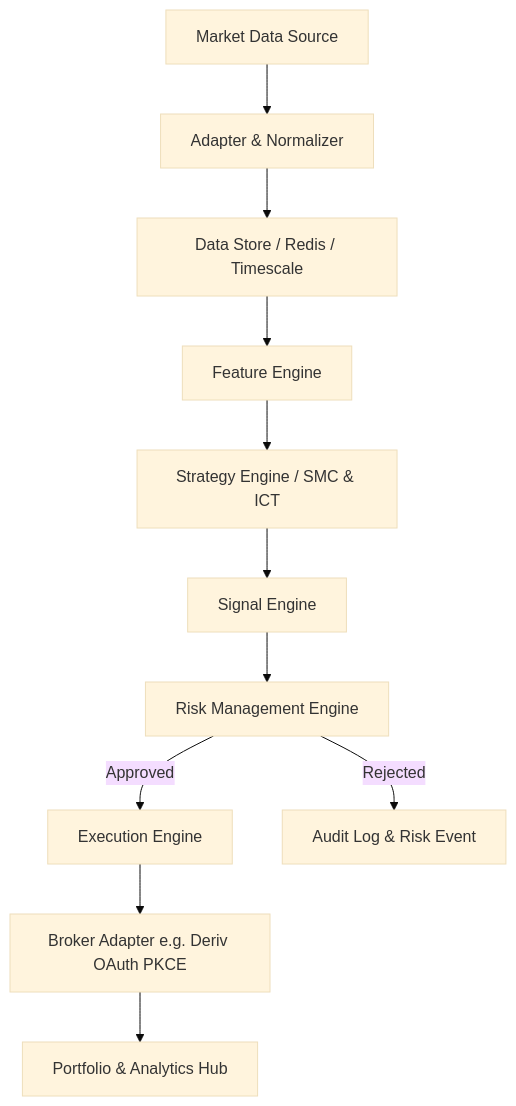
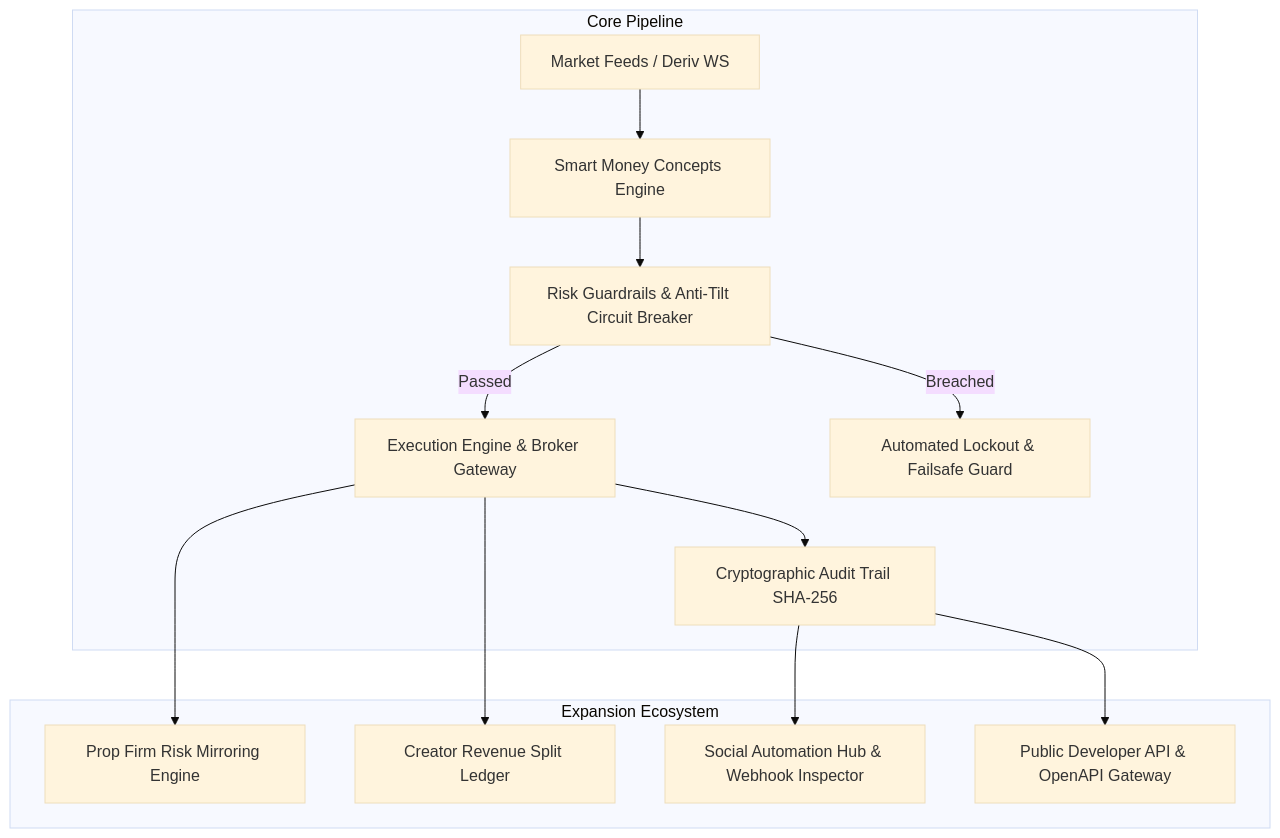
Before and after one commit to AlexObwogi/AppexQuant-Global-Markets: the diagram in README.md, drawn with Mermaid (base theme). The commit also changed other lines of this file and 32 other files, not shown here.

````diff
--- a/README.md
+++ b/README.md
@@ -22,13 +22,17 @@
 ```mermaid
 flowchart TD
-    A[Market Data Source] --> B[Adapter & Normalizer]
-    B --> C[Data Store / Redis / Timescale]
-    C --> D[Feature Engine]
-    D --> E[Strategy Engine / SMC & ICT]
-    E --> F[Signal Engine]
-    F --> G[Risk Management Engine]
-    G -->|Approved| H[Execution Engine]
-    G -->|Rejected| I[Audit Log & Risk Event]
-    H --> J[Broker Adapter e.g. Deriv OAuth PKCE]
-    J --> K[Portfolio & Analytics Hub]
+    subgraph Core Pipeline
+        A[Market Feeds / Deriv WS] --> B[Smart Money Concepts Engine]
+        B --> C[Risk Guardrails & Anti-Tilt Circuit Breaker]
+        C -->|Passed| D[Execution Engine & Broker Gateway]
+        C -->|Breached| E[Automated Lockout & Failsafe Guard]
+        D --> F[Cryptographic Audit Trail SHA-256]
+    end
+
+    subgraph Expansion Ecosystem
+        D --> G[Prop Firm Risk Mirroring Engine]
+        D --> H[Creator Revenue Split Ledger]
+        F --> I[Social Automation Hub & Webhook Inspector]
+        F --> J[Public Developer API & OpenAPI Gateway]
+    end
 ```
````
